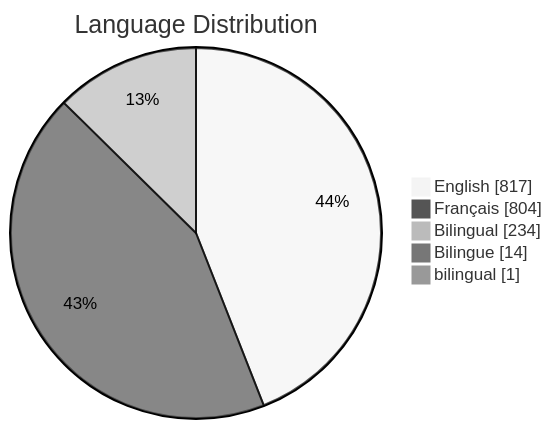
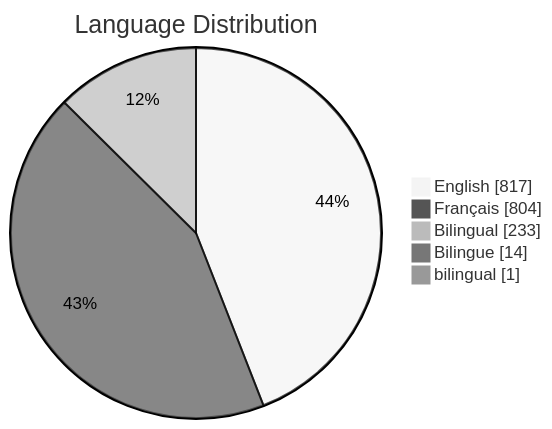
One commit to PatLittle/GC-Socials changed the fifth of 8 diagrams in README.md. Above: the diagram before and after it, drawn with Mermaid (neutral theme). The commit also changed other lines of this file, not shown here.

Commit message:
Update README with Platform Distribution pie chart

````diff
--- a/README.md
+++ b/README.md
@@ -163,8 +162,8 @@
 ```mermaid
 pie showData title Language Distribution
     "English": 817
     "Français": 804
-    "Bilingual": 234
+    "Bilingual": 233
     "Bilingue": 14
     "bilingual": 1
 ```
````
